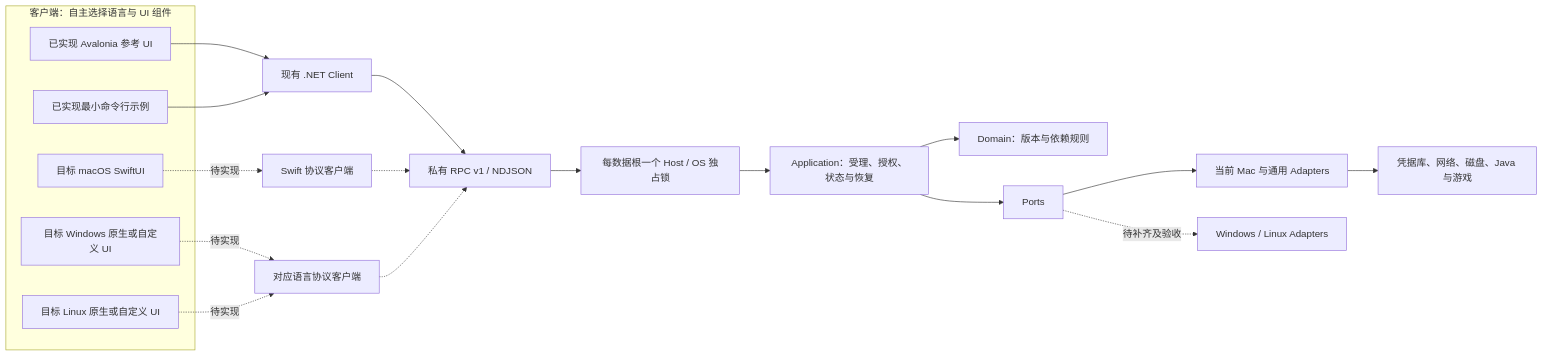
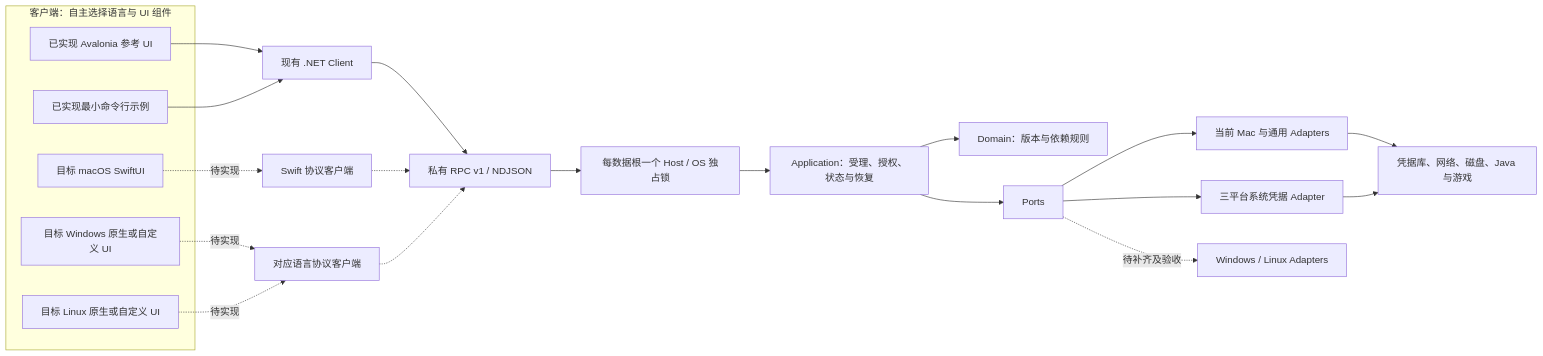
One commit to ParadoxRin/Plain_Craft_Launcher_Refactoring_Core changed the second of 4 diagrams in docs/架构与设计取舍.md. Above: the diagram before and after it, drawn with Mermaid. The commit also changed other lines of this file and 9 other files, not shown here.

````diff
--- a/docs/架构与设计取舍.md
+++ b/docs/架构与设计取舍.md
@@ -34,25 +34,27 @@
 ```mermaid
 flowchart LR
   subgraph Clients[客户端：自主选择语言与 UI 组件]
     AV[已实现 Avalonia 参考 UI]
     MC[已实现最小命令行示例]
     SW[目标 macOS SwiftUI]
     WI[目标 Windows 原生或自定义 UI]
     LI[目标 Linux 原生或自定义 UI]
   end
   AV --> NC[现有 .NET Client]
   MC --> NC
   SW -.待实现.-> SC[Swift 协议客户端]
   WI -.待实现.-> OC[对应语言协议客户端]
   LI -.待实现.-> OC
   NC --> RPC[私有 RPC v1 / NDJSON]
   SC -.-> RPC
   OC -.-> RPC
   RPC --> H[每数据根一个 Host / OS 独占锁]
   H --> APP[Application：受理、授权、状态与恢复]
   APP --> D[Domain：版本与依赖规则]
   APP --> P[Ports]
+  P --> CRED[三平台系统凭据 Adapter]
   P --> MAC[当前 Mac 与通用 Adapters]
   P -.待补齐及验收.-> WL[Windows / Linux Adapters]
   MAC --> OS[凭据库、网络、磁盘、Java 与游戏]
+  CRED --> OS
 ```
````
